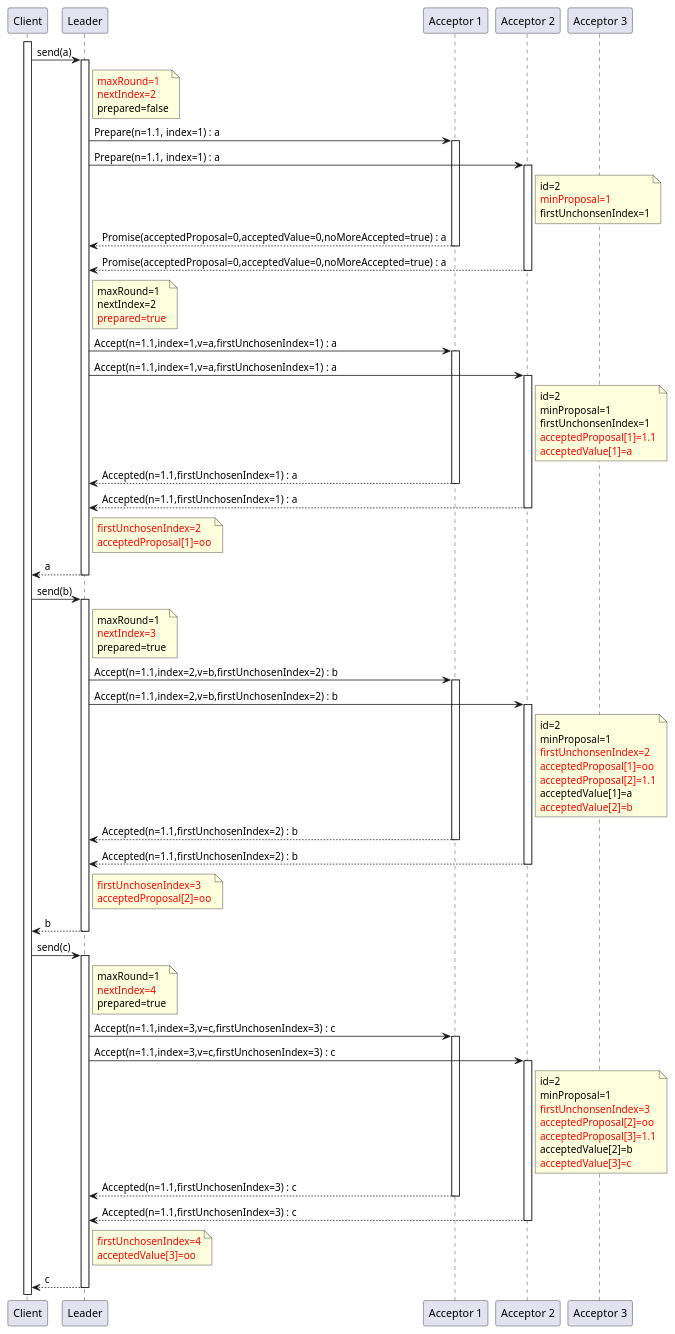
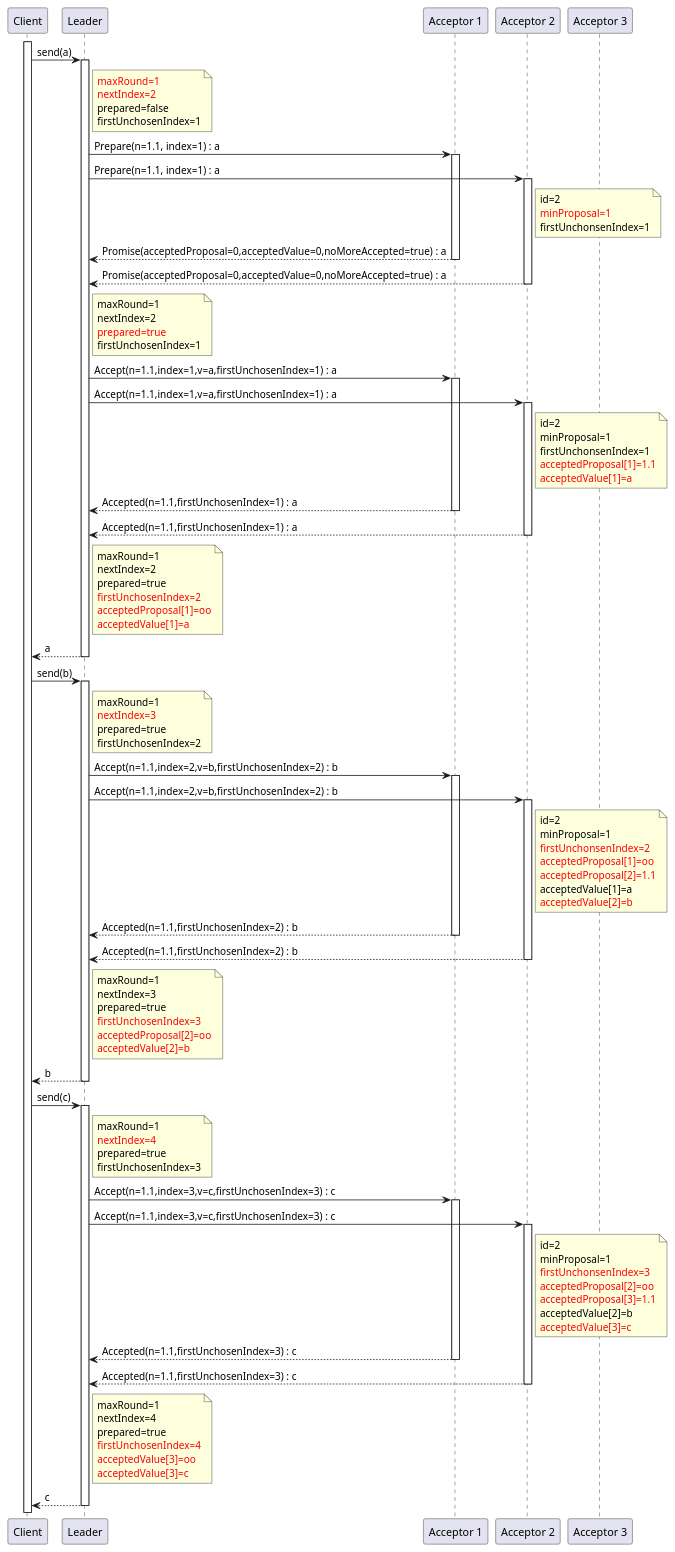
One commit to nocnob/notfound changed the first of 4 diagrams in src/pages/posts/distribution-paxos-multi.adoc. Above: the diagram before and after it, drawn with PlantUML. The commit also changed other lines of this file and 1 other file, not shown here.

```diff
--- a/src/pages/posts/distribution-paxos-multi.adoc
+++ b/src/pages/posts/distribution-paxos-multi.adoc
@@ -27,6 +27,7 @@
     <font color=red>maxRound=1
     <font color=red>nextIndex=2
     prepared=false
+    firstUnchosenIndex=1
 end note
     l -> a1 : Prepare(n=1.1, index=1) : a
     activate a1
@@ -46,6 +47,7 @@
         maxRound=1
         nextIndex=2
         <font color=red>prepared=true
+        firstUnchosenIndex=1
     end note
 
     l -> a1 : Accept(n=1.1,index=1,v=a,firstUnchosenIndex=1) : a
@@ -64,8 +66,14 @@
     l <-- a2 : Accepted(n=1.1,firstUnchosenIndex=1) : a
     deactivate a2
 note right l
+end note
+note right l
+    maxRound=1
+    nextIndex=2
+    prepared=true
     <font color=red>firstUnchosenIndex=2
     <font color=red>acceptedProposal[1]=oo
+    <font color=red>acceptedValue[1]=a
 end note
 c <-- l : a
 deactivate l
@@ -76,6 +84,7 @@
     maxRound=1
     <font color=red>nextIndex=3
     prepared=true
+    firstUnchosenIndex=2
 end note
     l -> a1 : Accept(n=1.1,index=2,v=b,firstUnchosenIndex=2) : b
     activate a1
@@ -95,8 +104,12 @@
     l <-- a2 : Accepted(n=1.1,firstUnchosenIndex=2) : b
     deactivate a2
 note right l
+    maxRound=1
+    nextIndex=3
+    prepared=true
     <font color=red>firstUnchosenIndex=3
     <font color=red>acceptedProposal[2]=oo
+    <font color=red>acceptedValue[2]=b
 end note
 c <-- l : b
 deactivate l
@@ -107,6 +120,7 @@
     maxRound=1
     <font color=red>nextIndex=4
     prepared=true
+    firstUnchosenIndex=3
 end note
     l -> a1 : Accept(n=1.1,index=3,v=c,firstUnchosenIndex=3) : c
     activate a1
@@ -126,8 +140,12 @@
     l <-- a2 : Accepted(n=1.1,firstUnchosenIndex=3) : c
     deactivate a2
 note right l
+    maxRound=1
+    nextIndex=4
+    prepared=true
     <font color=red>firstUnchosenIndex=4
     <font color=red>acceptedValue[3]=oo
+    <font color=red>acceptedValue[3]=c
 end note
 c <-- l : c
 deactivate l
```
